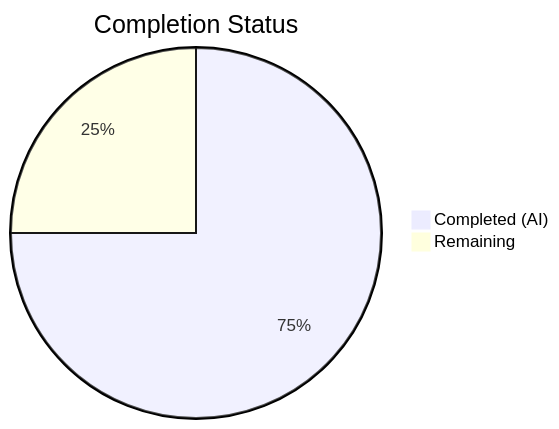
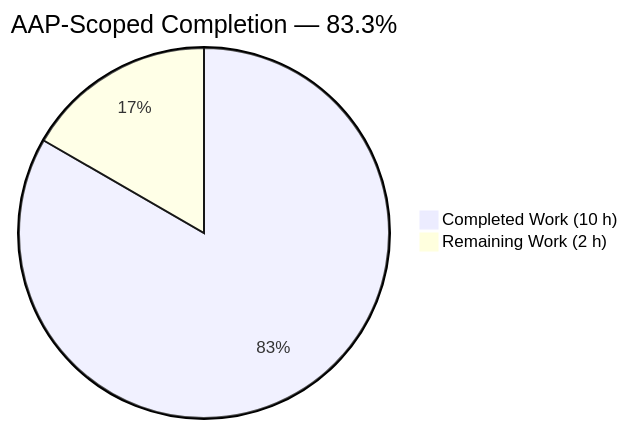
One commit to TestadoBlitzy/Existing-product changed the first of 5 diagrams in blitzy/documentation/Project Guide.md. Above: the diagram before and after it, drawn with Mermaid. The commit also changed other lines of this file, not shown here.

Commit message:
Adding Blitzy Project Guide: Project Status and Human Tasks Remaining

````diff
--- a/blitzy/documentation/Project Guide.md
+++ b/blitzy/documentation/Project Guide.md
@@ -13,5 +14,5 @@
 ```mermaid
-pie title Completion Status
-    "Completed (AI)" : 3
-    "Remaining" : 1
+pie title AAP-Scoped Completion — 83.3%
+    "Completed Work (10 h)" : 10
+    "Remaining Work (2 h)" : 2
 ```
````
